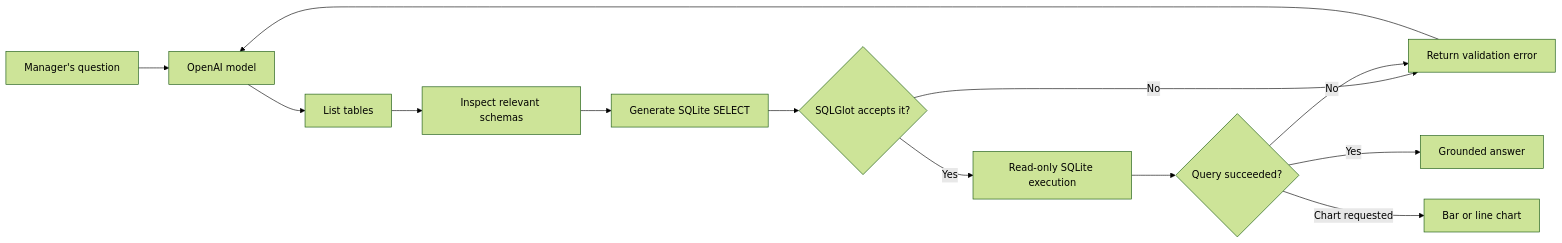
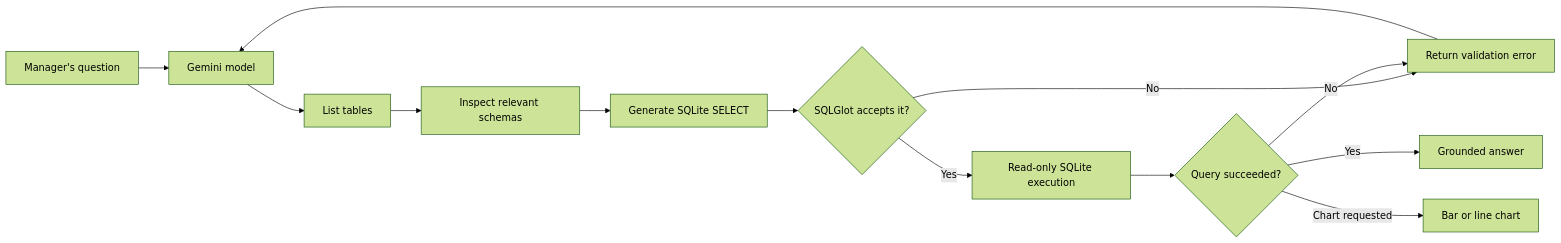
One commit to hazemmhassan/Elevvo_Internship changed the diagram in task-10-text-to-sql-agent/README.md. Above: the diagram before and after it, drawn with Mermaid (forest theme). The commit also changed other lines of this file and 6 other files, not shown here.

````diff
--- a/task-10-text-to-sql-agent/README.md
+++ b/task-10-text-to-sql-agent/README.md
@@ -20,15 +20,15 @@
 ```mermaid
 flowchart LR
-    Q["Manager's question"] --> L["OpenAI model"]
+    Q["Manager's question"] --> L["Gemini model"]
     L --> T["List tables"]
     T --> S["Inspect relevant schemas"]
     S --> G["Generate SQLite SELECT"]
     G --> V{"SQLGlot accepts it?"}
     V -- No --> E["Return validation error"]
     V -- Yes --> D["Read-only SQLite execution"]
     D --> R{"Query succeeded?"}
     R -- No --> E
     E --> L
     R -- Yes --> A["Grounded answer"]
     R -- "Chart requested" --> C["Bar or line chart"]
 ```
````
